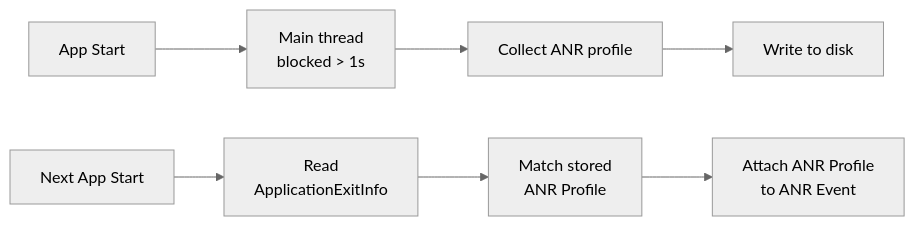
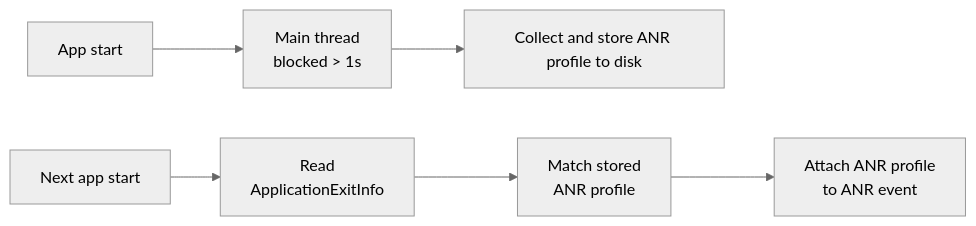
Before and after one commit to getsentry/sentry-docs: the diagram in docs/platforms/android/configuration/app-not-respond.mdx, drawn with Mermaid (neutral theme). The commit also changed other lines of this file, not shown here.

````diff
--- a/docs/platforms/android/configuration/app-not-respond.mdx
+++ b/docs/platforms/android/configuration/app-not-respond.mdx
@@ -120,6 +124,6 @@
 ```mermaid
 flowchart LR
-    A[App Start] --> B
-    B[Main thread<br>blocked > 1s] --> C[Collect ANR profile] --> D[Write to disk]
-    E[Next App Start] --> F[Read<br>ApplicationExitInfo] --> G[Match stored<br>ANR Profile] --> H[Attach ANR Profile<br>to ANR Event]
+    A[App start] --> B
+    B[Main thread<br>blocked > 1s] --> C[Collect and store ANR profile to disk]
+    E[Next app start] --> F[Read<br>ApplicationExitInfo] --> G[Match stored<br>ANR profile] --> H[Attach ANR profile<br>to ANR event]
 ```
````
